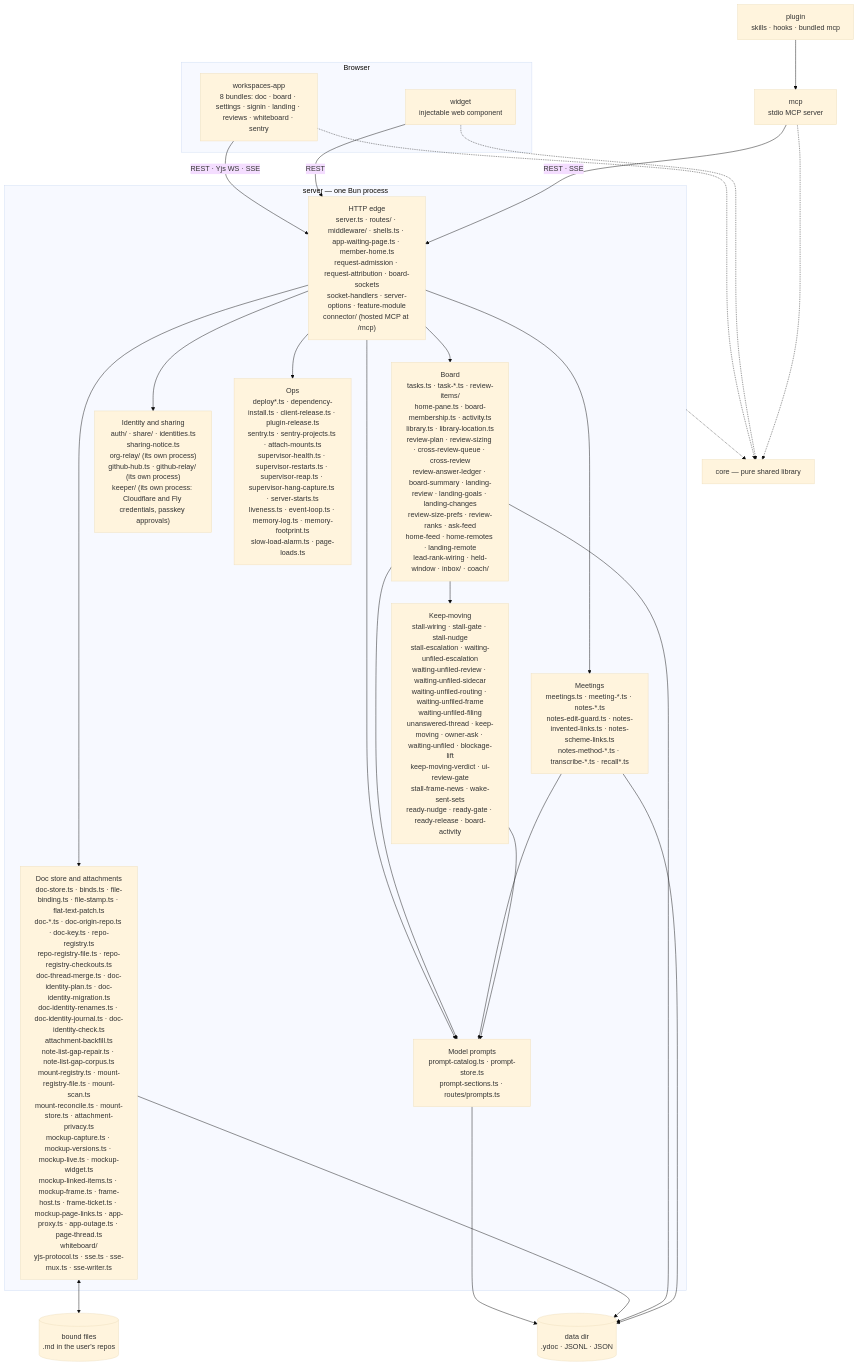
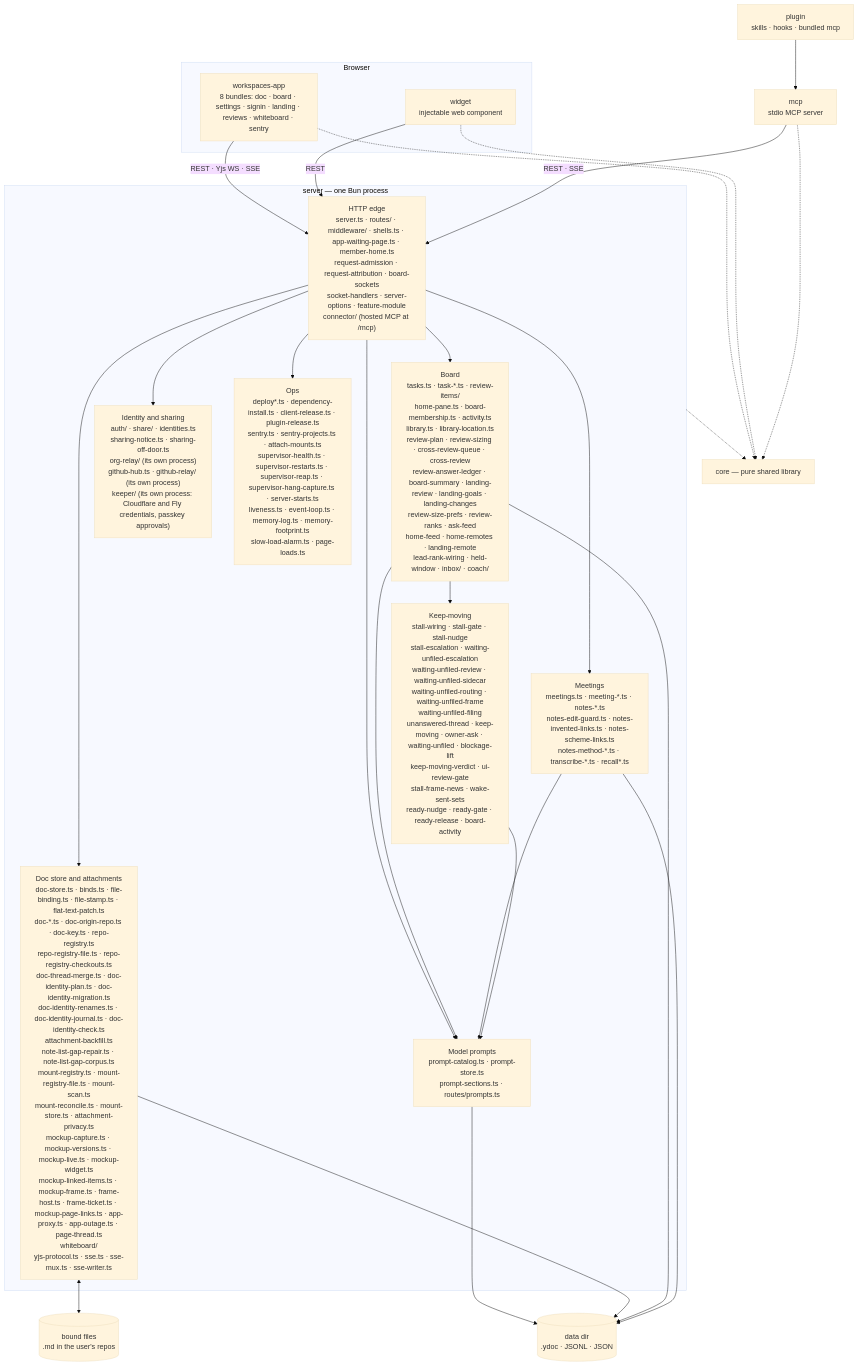
One commit to fryanpan/claude-workspaces-plugin changed the first of 2 diagrams in docs/architecture/overview.md. Above: the diagram before and after it, drawn with Mermaid (base theme). The commit also changed other lines of this file and 21 other files, not shown here.

````diff
--- a/docs/architecture/overview.md
+++ b/docs/architecture/overview.md
@@ -45,35 +45,35 @@
 ```mermaid
 flowchart TB
   subgraph browser[Browser]
     app["workspaces-app<br/>8 bundles: doc · board · settings · signin · landing · reviews · whiteboard · sentry"]
     wid["widget<br/>injectable web component"]
   end
   plug["plugin<br/>skills · hooks · bundled mcp"]
   mcp["mcp<br/>stdio MCP server"]
   subgraph srv["server — one Bun process"]
     edge["HTTP edge<br/>server.ts · routes/ · middleware/ · shells.ts · app-waiting-page.ts · member-home.ts<br/>request-admission · request-attribution · board-sockets<br/>socket-handlers · server-options · feature-module<br/>connector/ (hosted MCP at /mcp)"]
     docs["Doc store and attachments<br/>doc-store.ts · binds.ts · file-binding.ts · file-stamp.ts · flat-text-patch.ts<br/>doc-*.ts · doc-origin-repo.ts · doc-key.ts · repo-registry.ts<br/>repo-registry-file.ts · repo-registry-checkouts.ts<br/>doc-thread-merge.ts · doc-identity-plan.ts · doc-identity-migration.ts<br/>doc-identity-renames.ts · doc-identity-journal.ts · doc-identity-check.ts<br/>attachment-backfill.ts<br/>note-list-gap-repair.ts · note-list-gap-corpus.ts<br/>mount-registry.ts · mount-registry-file.ts · mount-scan.ts<br/>mount-reconcile.ts · mount-store.ts · attachment-privacy.ts<br/>mockup-capture.ts · mockup-versions.ts · mockup-live.ts · mockup-widget.ts<br/>mockup-linked-items.ts · mockup-frame.ts · frame-host.ts · frame-ticket.ts · mockup-page-links.ts · app-proxy.ts · app-outage.ts · page-thread.ts<br/>whiteboard/<br/>yjs-protocol.ts · sse.ts · sse-mux.ts · sse-writer.ts"]
     board["Board<br/>tasks.ts · task-*.ts · review-items/<br/>home-pane.ts · board-membership.ts · activity.ts<br/>library.ts · library-location.ts<br/>review-plan · review-sizing · cross-review-queue · cross-review<br/>review-answer-ledger · board-summary · landing-review · landing-goals · landing-changes<br/>review-size-prefs · review-ranks · ask-feed<br/>home-feed · home-remotes · landing-remote<br/>lead-rank-wiring · held-window · inbox/ · coach/"]
     meet["Meetings<br/>meetings.ts · meeting-*.ts · notes-*.ts<br/>notes-edit-guard.ts · notes-invented-links.ts · notes-scheme-links.ts<br/>notes-method-*.ts · transcribe-*.ts · recall*.ts"]
     keep["Keep-moving<br/>stall-wiring · stall-gate · stall-nudge<br/>stall-escalation · waiting-unfiled-escalation<br/>waiting-unfiled-review · waiting-unfiled-sidecar<br/>waiting-unfiled-routing · waiting-unfiled-frame<br/>waiting-unfiled-filing<br/>unanswered-thread · keep-moving · owner-ask · waiting-unfiled · blockage-lift<br/>keep-moving-verdict · ui-review-gate<br/>stall-frame-news · wake-sent-sets<br/>ready-nudge · ready-gate · ready-release · board-activity"]
-    ident["Identity and sharing<br/>auth/ · share/ · identities.ts<br/>sharing-notice.ts<br/>org-relay/ (its own process)<br/>github-hub.ts · github-relay/ (its own process)<br/>keeper/ (its own process: Cloudflare and Fly credentials, passkey approvals)"]
+    ident["Identity and sharing<br/>auth/ · share/ · identities.ts<br/>sharing-notice.ts · sharing-off-door.ts<br/>org-relay/ (its own process)<br/>github-hub.ts · github-relay/ (its own process)<br/>keeper/ (its own process: Cloudflare and Fly credentials, passkey approvals)"]
     prompts["Model prompts<br/>prompt-catalog.ts · prompt-store.ts<br/>prompt-sections.ts · routes/prompts.ts"]
     ops["Ops<br/>deploy*.ts · dependency-install.ts · client-release.ts · plugin-release.ts<br/>sentry.ts · sentry-projects.ts · attach-mounts.ts<br/>supervisor-health.ts · supervisor-restarts.ts · supervisor-reap.ts · supervisor-hang-capture.ts · server-starts.ts<br/>liveness.ts · event-loop.ts · memory-log.ts · memory-footprint.ts<br/>slow-load-alarm.ts · page-loads.ts"]
   end
   core["core — pure shared library"]
   disk[("data dir<br/>.ydoc · JSONL · JSON")]
   files[("bound files<br/>.md in the user's repos")]
 
   app -->|"REST · Yjs WS · SSE"| edge
   wid -->|REST| edge
   plug --> mcp
   mcp -->|"REST · SSE"| edge
   edge --> docs & board & meet & ident & ops & prompts
   board & meet & keep --> prompts
   prompts --> disk
   board --> keep
   docs <--> files
   docs & board & meet --> disk
   app & wid & mcp -.-> core
   srv -.-> core
 ```
````
